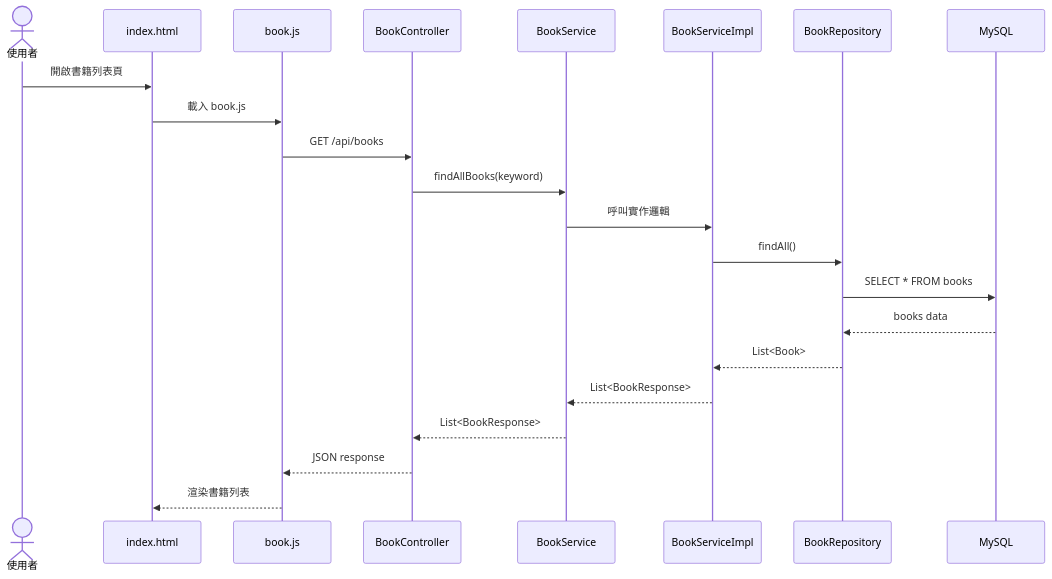
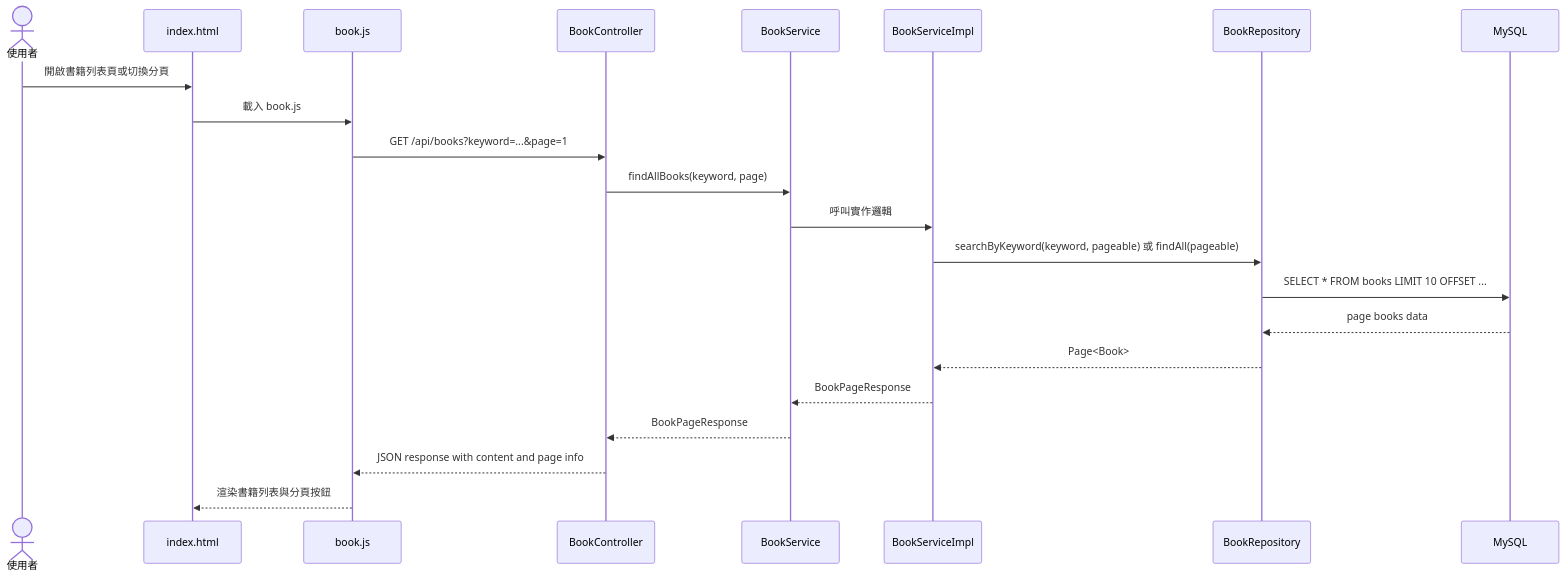
The fifth of 8 diagrams in docs/System_Design.md (fizz123123/Books-Ordering-System), drawn with Mermaid before and after one commit. The commit also changed other lines of this file, not shown here.

Commit message:
docs: update system design document for pagination and API changes

````diff
--- a/docs/System_Design.md
+++ b/docs/System_Design.md
@@ -883,25 +920,25 @@
 ```mermaid
 sequenceDiagram
     actor User as 使用者
     participant Page as index.html
     participant JS as book.js
     participant Controller as BookController
     participant Service as BookService
     participant Impl as BookServiceImpl
     participant Repository as BookRepository
     participant DB as MySQL
 
-    User->>Page: 開啟書籍列表頁
+    User->>Page: 開啟書籍列表頁或切換分頁
     Page->>JS: 載入 book.js
-    JS->>Controller: GET /api/books
-    Controller->>Service: findAllBooks(keyword)
+    JS->>Controller: GET /api/books?keyword=...&page=1
+    Controller->>Service: findAllBooks(keyword, page)
     Service->>Impl: 呼叫實作邏輯
-    Impl->>Repository: findAll()
-    Repository->>DB: SELECT * FROM books
-    DB-->>Repository: books data
-    Repository-->>Impl: List<Book>
-    Impl-->>Service: List<BookResponse>
-    Service-->>Controller: List<BookResponse>
-    Controller-->>JS: JSON response
-    JS-->>Page: 渲染書籍列表
+    Impl->>Repository: searchByKeyword(keyword, pageable) 或 findAll(pageable)
+    Repository->>DB: SELECT * FROM books LIMIT 10 OFFSET ...
+    DB-->>Repository: page books data
+    Repository-->>Impl: Page<Book>
+    Impl-->>Service: BookPageResponse
+    Service-->>Controller: BookPageResponse
+    Controller-->>JS: JSON response with content and page info
+    JS-->>Page: 渲染書籍列表與分頁按鈕
 ```
````
